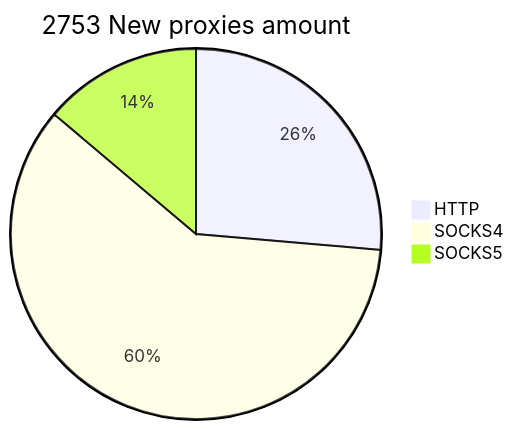
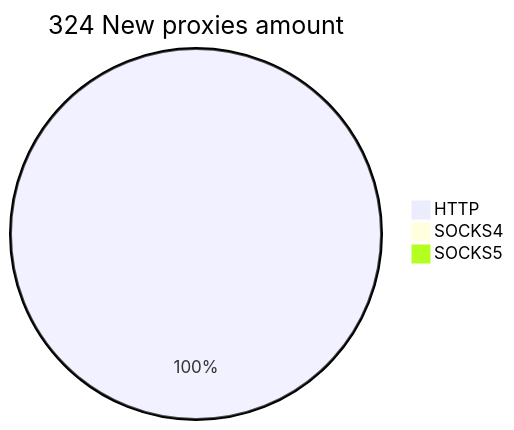
The second of 2 diagrams in README.md (cutipu/proxylist), drawn with Mermaid before and after one commit. The commit also changed other lines of this file, not shown here.

````diff
--- a/README.md
+++ b/README.md
@@ -10,6 +10,6 @@
 ```mermaid
-pie title 2753 New proxies amount
-    "HTTP" : 726
-    "SOCKS4" : 1646
-    "SOCKS5" : 381
+pie title 324 New proxies amount
+    "HTTP" : 328
+    "SOCKS4" : 0
+    "SOCKS5" : 0
 ```
````
